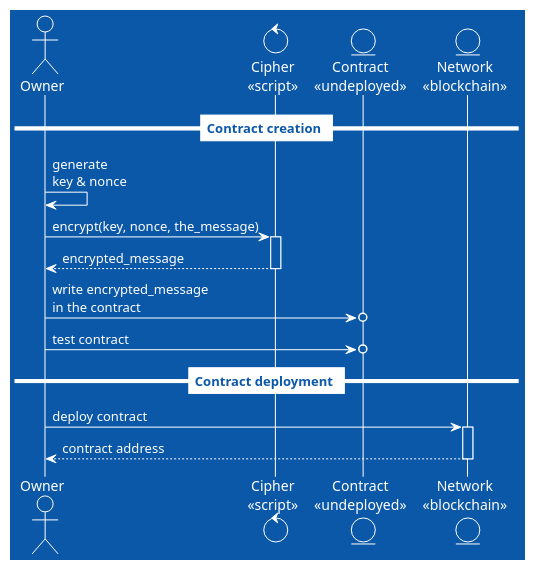
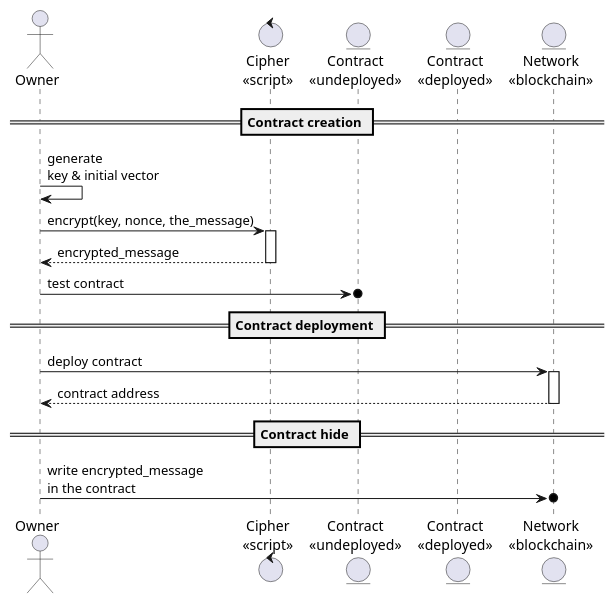
The diagram in docs/Contract_creation_SeqDiag.puml (bortch/Revealable), drawn with PlantUML before and after one commit. The commit also changed 13 other files, not shown here.

```diff
--- a/docs/Contract_creation_SeqDiag.puml
+++ b/docs/Contract_creation_SeqDiag.puml
@@ -1,24 +1,29 @@
 @startuml
-!theme amiga
+
 'autonumber
 actor       Owner           as o
 control     "Cipher\n<<script>>"   as cipher
 entity      "Contract\n<<undeployed>>"       as contract
+entity      "Contract\n<<deployed>>"       as d_contract
 entity      "Network\n<<blockchain>>"         as net
 
 == Contract creation ==
-o -> o : generate\nkey & nonce
+o -> o : generate\nkey & initial vector
 o -> cipher : encrypt(key, nonce, the_message)
 activate cipher
 cipher --> o : encrypted_message
 deactivate cipher
-o ->o contract : write encrypted_message\nin the contract
 o ->o contract : test contract
 
 == Contract deployment ==
 
 o -> net : deploy contract
 activate net
 net --> o : contract address
 deactivate net
+
+== Contract hide ==
+
+o ->o net : write encrypted_message\nin the contract
+
 @enduml
```
